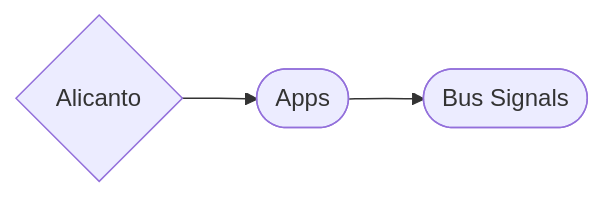
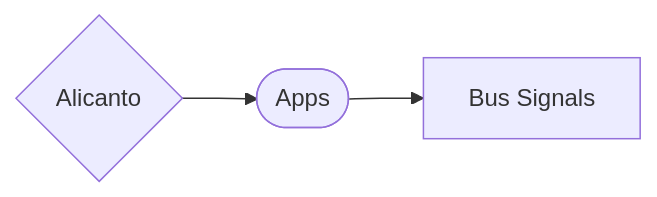
Before and after one commit to Reborn-Telemetry/Alicanto-Backend: the diagram in README.md, drawn with Mermaid. The commit also changed other lines of this file, not shown here.

Commit message:
readme update 2.

````diff
--- a/README.md
+++ b/README.md
@@ -20,5 +20,5 @@
 ```mermaid
 flowchart LR
-A{Alicanto} --> B([Apps])
-B([Apps]) --> C([Bus Signals])
+A{Alicanto} --> B[Apps]
+B([Apps]) --> C[Bus Signals]
 ```
````
